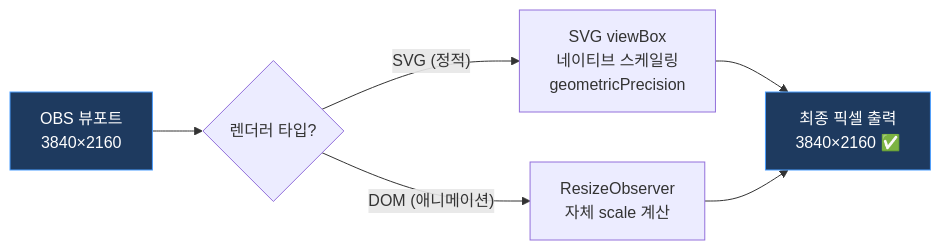
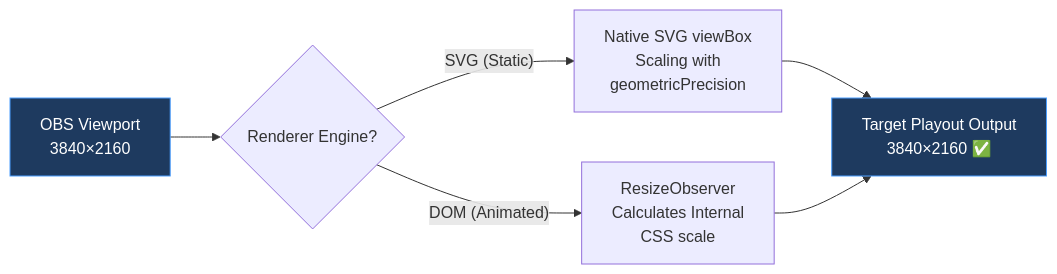
One commit to gkisanet/webcg-k changed the diagram in webcg-k/docs/guide/RENDERER_RESOLUTION.md. Above: the diagram before and after it, drawn with Mermaid. The commit also changed other lines of this file and 39 other files, not shown here.

````diff
--- a/webcg-k/docs/guide/RENDERER_RESOLUTION.md
+++ b/webcg-k/docs/guide/RENDERER_RESOLUTION.md
@@ -82,11 +80,11 @@
 ```mermaid
 graph LR
-    A["OBS 뷰포트<br/>3840×2160"] --> B{"렌더러 타입?"}
-    B -->|"SVG (정적)"| C["SVG viewBox<br/>네이티브 스케일링<br/>geometricPrecision"]
-    B -->|"DOM (애니메이션)"| D["ResizeObserver<br/>자체 scale 계산"]
-    C --> E["최종 픽셀 출력<br/>3840×2160 ✅"]
+    A["OBS Viewport<br/>3840×2160"] --> B{"Renderer Engine?"}
+    B -->|"SVG (Static)"| C["Native SVG viewBox<br/>Scaling with<br/>geometricPrecision"]
+    B -->|"DOM (Animated)"| D["ResizeObserver<br/>Calculates Internal<br/>CSS scale"]
+    C --> E["Target Playout Output<br/>3840×2160 ✅"]
     D --> E
 
     style A fill:#1e3a5f,stroke:#4a9eff,color:#fff
     style E fill:#1e3a5f,stroke:#4a9eff,color:#fff
 ```
````
